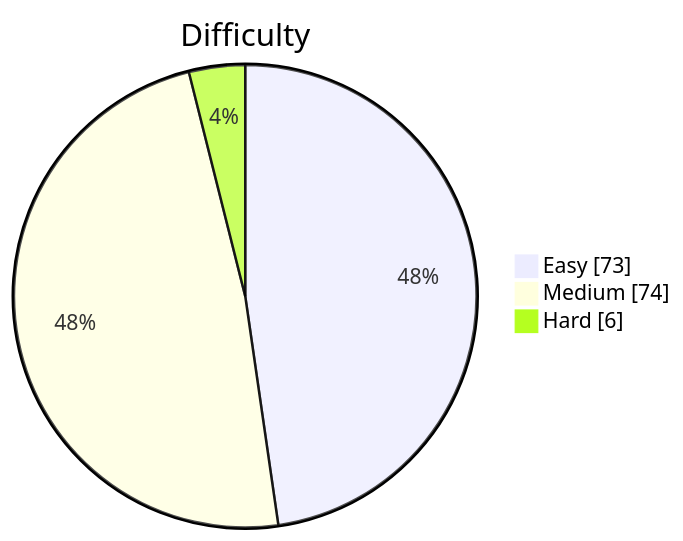
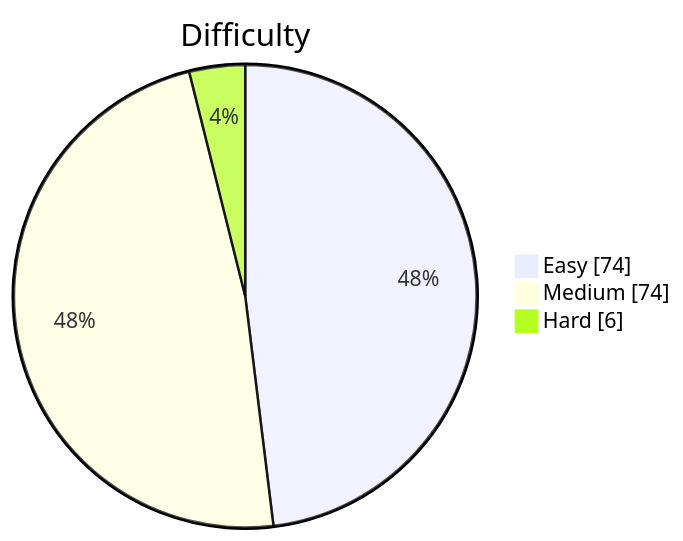
One commit to kevstevie/python-algo-practice changed the diagram in README.md. Above: the diagram before and after it, drawn with Mermaid. The commit also changed other lines of this file, not shown here.

````diff
--- a/README.md
+++ b/README.md
@@ -13,7 +13,7 @@
 ```mermaid
 pie showData
     title Difficulty
-    "Easy"   : 73
+    "Easy"   : 74
     "Medium" : 74
     "Hard"   : 6
 ```
````
